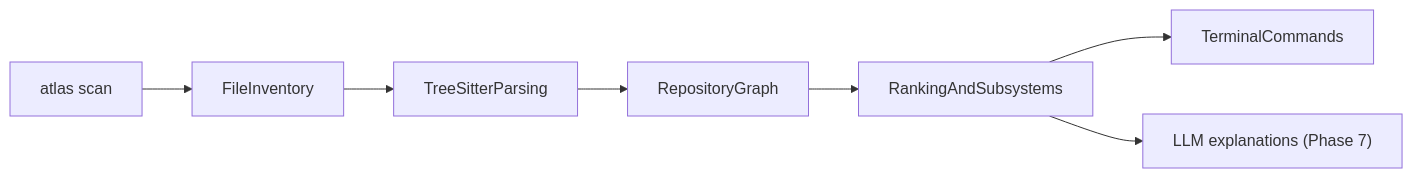
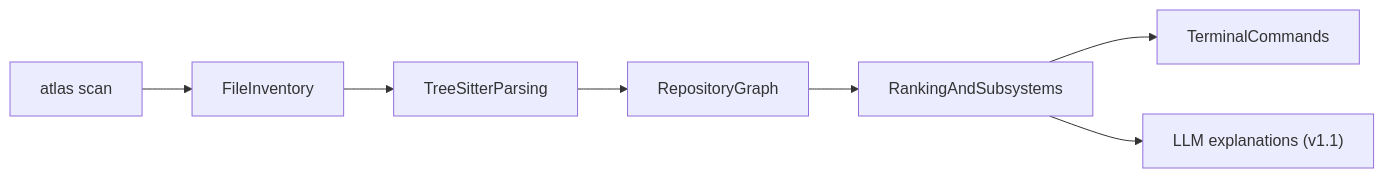
Before and after one commit to rohan1903/atlas: the diagram in README.md, drawn with Mermaid. The commit also changed other lines of this file, not shown here.

````diff
--- a/README.md
+++ b/README.md
@@ -29,9 +59,9 @@
 ```mermaid
 flowchart LR
     scan["atlas scan"] --> inventory[FileInventory]
     inventory --> parse[TreeSitterParsing]
     parse --> repoGraph[RepositoryGraph]
     repoGraph --> intel[RankingAndSubsystems]
     intel --> cli[TerminalCommands]
-    intel --> llm["LLM explanations (Phase 7)"]
+    intel --> llm["LLM explanations (v1.1)"]
 ```
````
